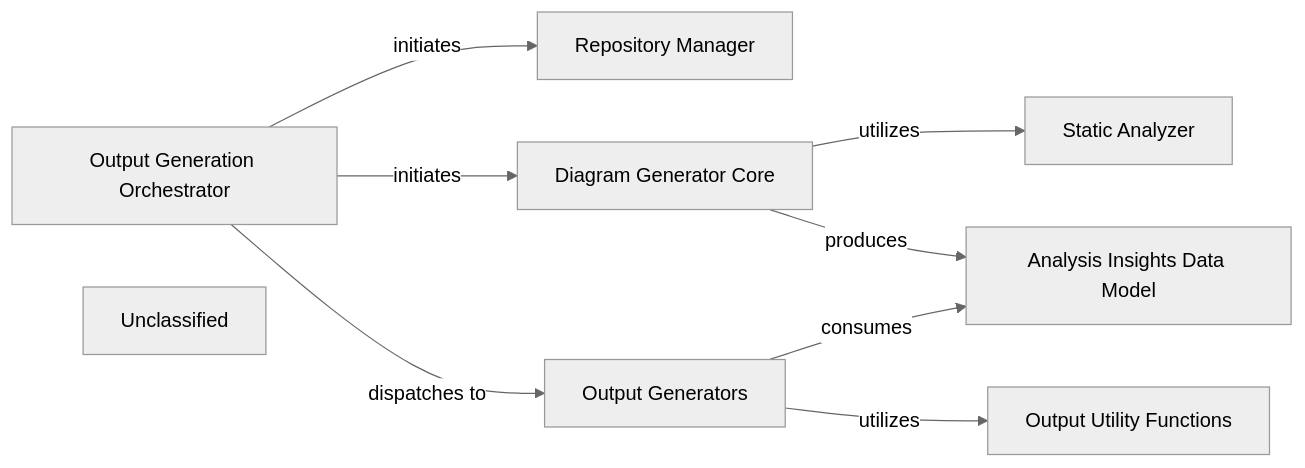
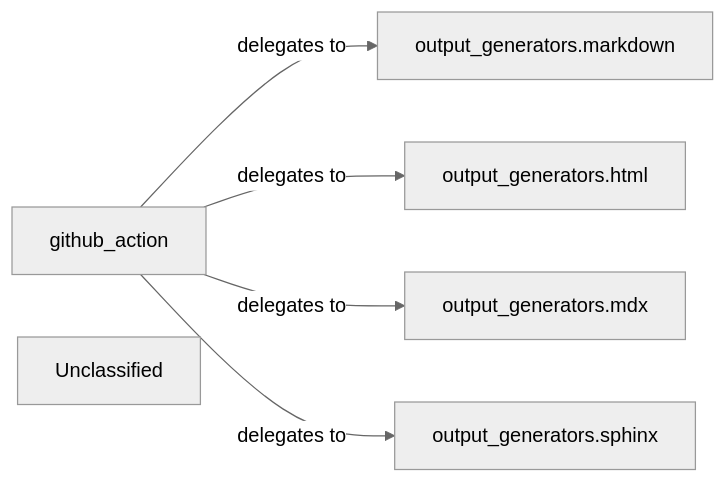
The diagram in .codeboarding/Output_Generation_Engine.md (mariyam866/CodeBoarding), drawn with Mermaid (neutral theme) before and after one commit. The commit also changed other lines of this file and 15 other files, not shown here.

First line of the commit message:
docs: update codeboarding documentation and generate architecture

````diff
--- a/.codeboarding/Output_Generation_Engine.md
+++ b/.codeboarding/Output_Generation_Engine.md
@@ -1,19 +1,13 @@
 ```mermaid
 graph LR
-    Output_Generation_Orchestrator["Output Generation Orchestrator"]
-    Repository_Manager["Repository Manager"]
-    Diagram_Generator_Core["Diagram Generator Core"]
-    Static_Analyzer["Static Analyzer"]
-    Analysis_Insights_Data_Model["Analysis Insights Data Model"]
-    Output_Generators["Output Generators"]
-    Output_Utility_Functions["Output Utility Functions"]
+    github_action["github_action"]
+    output_generators_markdown["output_generators.markdown"]
+    output_generators_html["output_generators.html"]
+    output_generators_mdx["output_generators.mdx"]
+    output_generators_sphinx["output_generators.sphinx"]
     Unclassified["Unclassified"]
-    Output_Generation_Orchestrator -- "initiates" --> Repository_Manager
-    Output_Generation_Orchestrator -- "initiates" --> Diagram_Generator_Core
-    Output_Generation_Orchestrator -- "dispatches to" --> Output_Generators
-    Diagram_Generator_Core -- "utilizes" --> Static_Analyzer
-    Diagram_Generator_Core -- "produces" --> Analysis_Insights_Data_Model
-    Output_Generators -- "consumes" --> Analysis_Insights_Data_Model
-    Output_Generators -- "utilizes" --> Output_Utility_Functions
-    click Repository_Manager href "https://github.com/CodeBoarding/CodeBoarding/blob/main/.codeboarding/Repository_Manager.md" "Details"
+    github_action -- "delegates to" --> output_generators_markdown
+    github_action -- "delegates to" --> output_generators_html
+    github_action -- "delegates to" --> output_generators_mdx
+    github_action -- "delegates to" --> output_generators_sphinx
 ```
````
